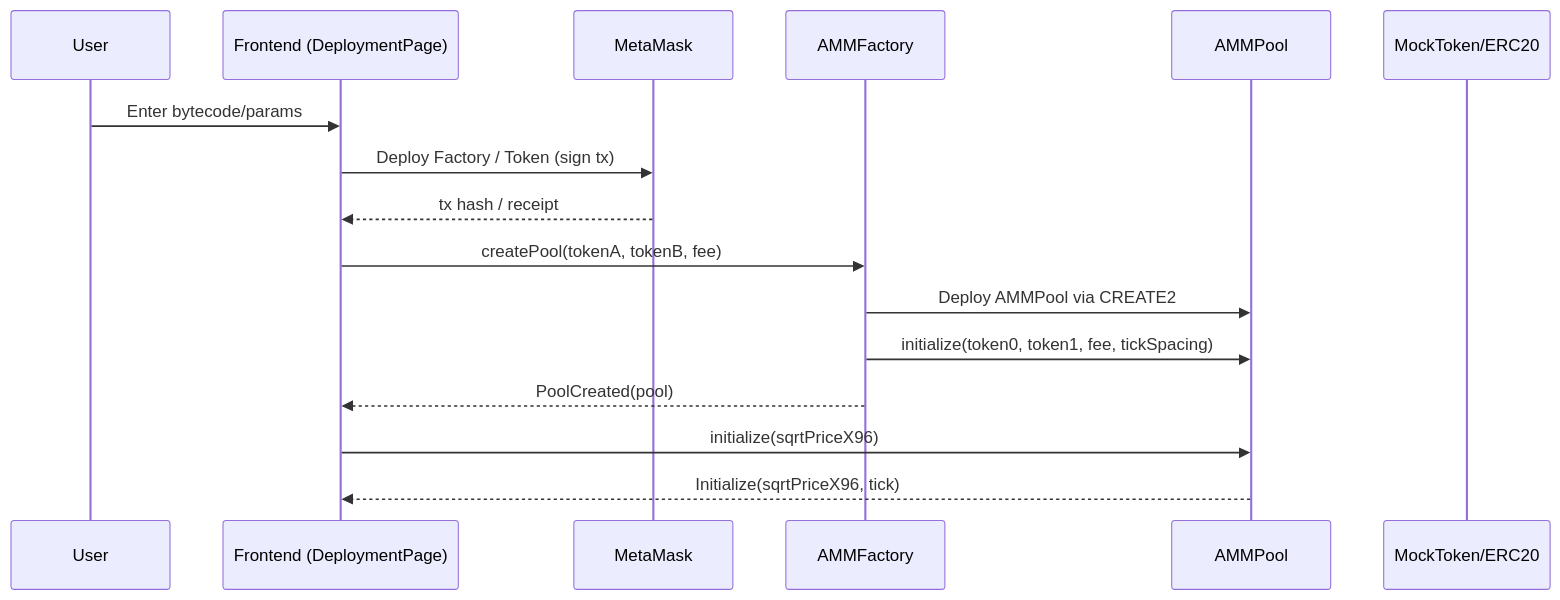
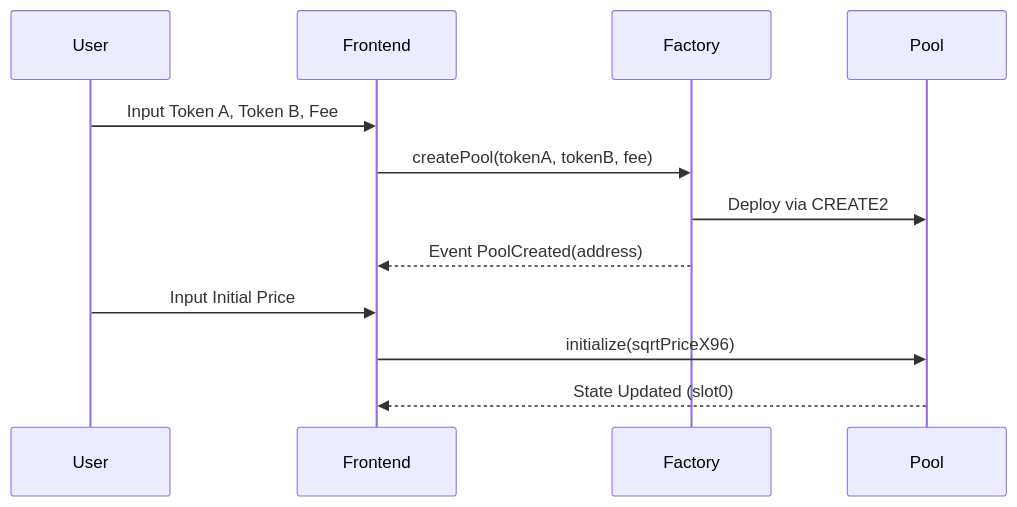
The second of 3 diagrams in Architecture Document.md (nft-maker-one/amm_protocol), drawn with Mermaid before and after one commit. The commit also changed other lines of this file and 3 other files, not shown here.

````diff
--- a/Architecture Document.md
+++ b/Architecture Document.md
@@ -160,21 +214,16 @@
 ```mermaid
 sequenceDiagram
-  participant U as User
-  participant FE as Frontend (DeploymentPage)
-  participant MM as MetaMask
-  participant F as AMMFactory
-  participant P as AMMPool
-  participant T as MockToken/ERC20
+  participant User
+  participant FE as Frontend
+  participant Factory
+  participant Pool
 
-  U->>FE: Enter bytecode/params
-  FE->>MM: Deploy Factory / Token (sign tx)
-  MM-->>FE: tx hash / receipt
-
-  FE->>F: createPool(tokenA, tokenB, fee)
-  F->>P: Deploy AMMPool via CREATE2
-  F->>P: initialize(token0, token1, fee, tickSpacing)
-  F-->>FE: PoolCreated(pool)
-
-  FE->>P: initialize(sqrtPriceX96)
-  P-->>FE: Initialize(sqrtPriceX96, tick)
+  User->>FE: Input Token A, Token B, Fee
+  FE->>Factory: createPool(tokenA, tokenB, fee)
+  Factory->>Pool: Deploy via CREATE2
+  Factory-->>FE: Event PoolCreated(address)
+  
+  User->>FE: Input Initial Price
+  FE->>Pool: initialize(sqrtPriceX96)
+  Pool-->>FE: State Updated (slot0)
 ```
````
